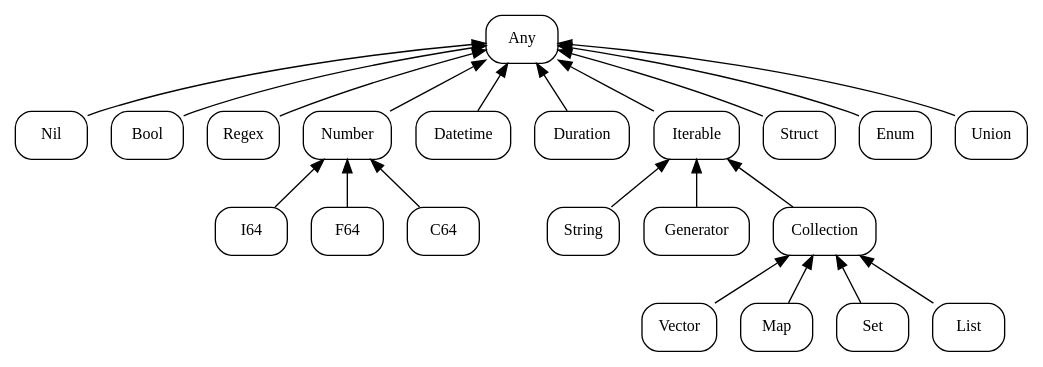
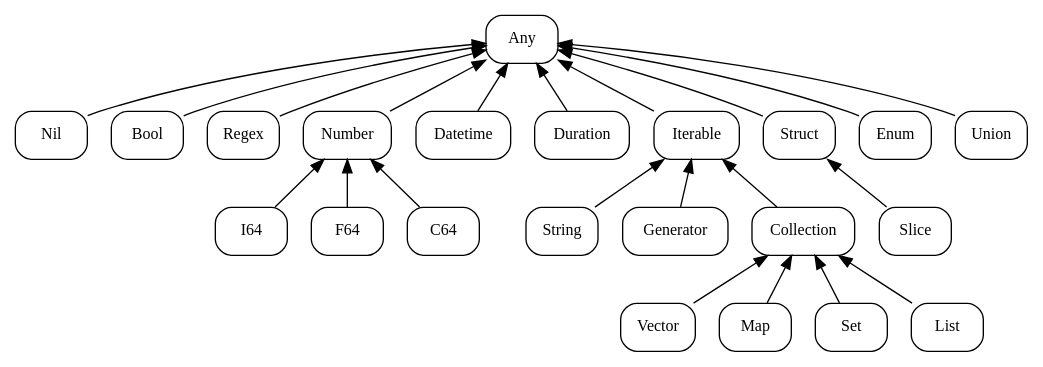
One commit to chaploud/Sci-Lisp-Sandbox changed the diagram in design/type_system.dot. Above: the diagram before and after it, drawn with Graphviz. The commit also changed 15 other files, not shown here.

```diff
--- a/design/type_system.dot
+++ b/design/type_system.dot
@@ -1,30 +1,32 @@
-// $ dot -Tpng -o ype_system.png type_system.dot
+// $ dot -Tpng -o type_system.png type_system.dot
 digraph sci_lisp_type_system {
   graph [layout = dot; rankdir = BT;];
   
   node [fontsize = 12; shape = box; style = "rounded";];
   
   Nil -> Any;
   Bool -> Any;
   Regex -> Any;
   Number -> Any;
   Datetime -> Any;
   Duration -> Any;
   Iterable -> Any;
   Struct -> Any;
   Enum -> Any;
   Union -> Any;
   
   I64 -> Number;
   F64 -> Number;
   C64 -> Number;
   
   String -> Iterable;
   Generator -> Iterable;
   Collection -> Iterable;
   
   Vector -> Collection;
   Map -> Collection;
   Set -> Collection;
   List -> Collection;
+  
+  Slice -> Struct;
 }
```
